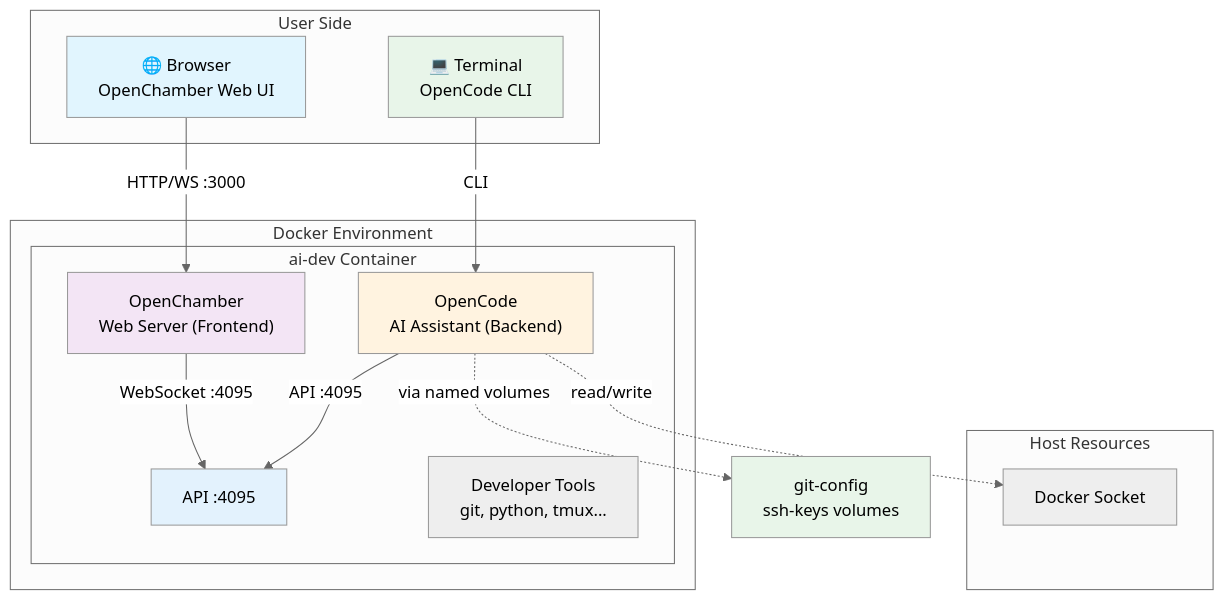
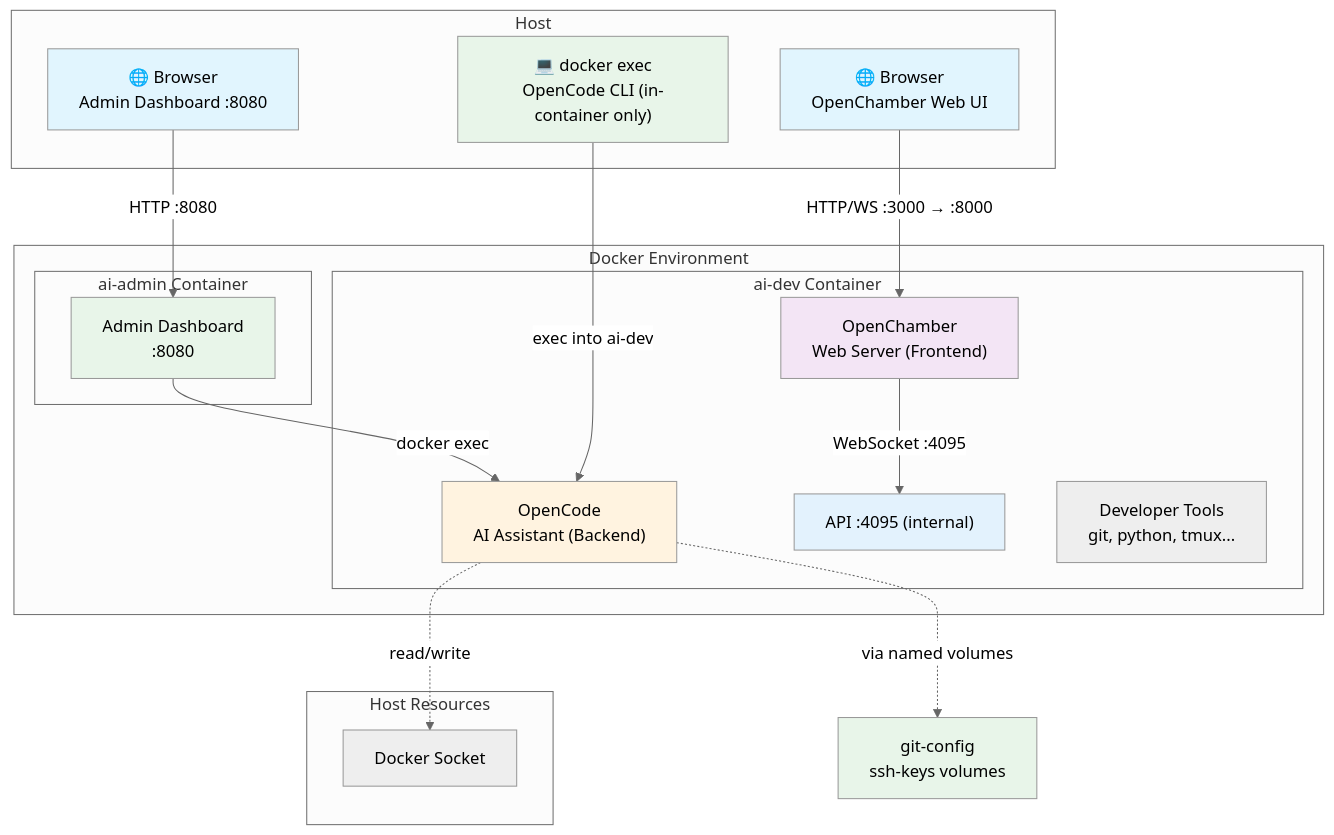
One commit to tryweb/Codeforge changed the first of 13 diagrams in docs/ARCHITECTURE.md. Above: the diagram before and after it, drawn with Mermaid (neutral theme). The commit also changed other lines of this file, not shown here.

First line of the commit message:
docs(architecture): add Admin Agent center connection section

````diff
--- a/docs/ARCHITECTURE.md
+++ b/docs/ARCHITECTURE.md
@@ -21,35 +22,42 @@
 ```mermaid
 graph TB
-    subgraph "User Side"
+    subgraph "Host"
         BROWSER["🌐 Browser<br/>OpenChamber Web UI"]
-        TERMINAL["💻 Terminal<br/>OpenCode CLI"]
+        ADMIN_BROWSER["🌐 Browser<br/>Admin Dashboard :8080"]
+        DOCKER_EXEC["💻 docker exec<br/>OpenCode CLI (in-container only)"]
     end
 
     subgraph "Docker Environment"
         subgraph "ai-dev Container"
             OC["OpenCode<br/>AI Assistant (Backend)"]
             CH["OpenChamber<br/>Web Server (Frontend)"]
-            API["API :4095"]
+            API["API :4095 (internal)"]
             TOOLS["Developer Tools<br/>git, python, tmux..."]
+        end
+
+        subgraph "ai-admin Container"
+            ADMIN["Admin Dashboard<br/>:8080"]
         end
     end
 
     subgraph "Host Resources"
         HOST_DOCKER["Docker Socket"]
     end
 
-    BROWSER -->|"HTTP/WS :3000"| CH
+    BROWSER -->|"HTTP/WS :3000 → :8000"| CH
     CH -->|"WebSocket :4095"| API
-    TERMINAL -->|"CLI"| OC
-    OC -->|"API :4095"| API
-
+    ADMIN_BROWSER -->|"HTTP :8080"| ADMIN
+    ADMIN -->|"docker exec"| OC
+    DOCKER_EXEC -->|"exec into ai-dev"| OC
     OC -.->|"via named volumes"| GIT_VOLS["git-config<br/>ssh-keys volumes"]
     OC -.->|"read/write"| HOST_DOCKER
 
     style BROWSER fill:#e1f5fe
-    style TERMINAL fill:#e8f5e9
+    style ADMIN_BROWSER fill:#e1f5fe
+    style DOCKER_EXEC fill:#e8f5e9
     style OC fill:#fff3e0
     style CH fill:#f3e5f5
     style API fill:#e3f2fd
+    style ADMIN fill:#e8f5e9
     style GIT_VOLS fill:#e8f5e9
 ```
````
